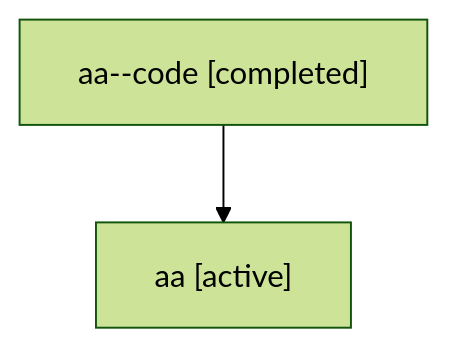
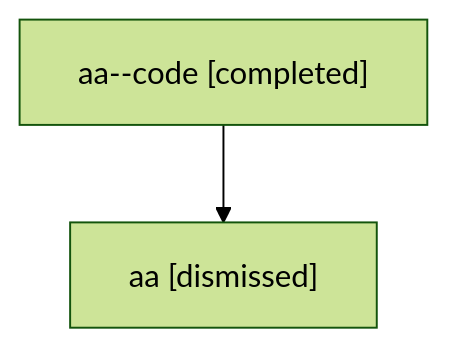
One commit to sase-org/sase--agents changed the diagram in sessions/bbugyi200.athena.aa.md. Above: the diagram before and after it, drawn with Mermaid (forest theme). The commit also changed other lines of this file and 18 other files, not shown here.

````diff
--- a/sessions/bbugyi200.athena.aa.md
+++ b/sessions/bbugyi200.athena.aa.md
@@ -9,6 +9,6 @@
 ```mermaid
 flowchart TD
   n0["aa--code [completed]"]
-  n1["aa [active]"]
+  n1["aa [dismissed]"]
   n0 --> n1
 ```
````
